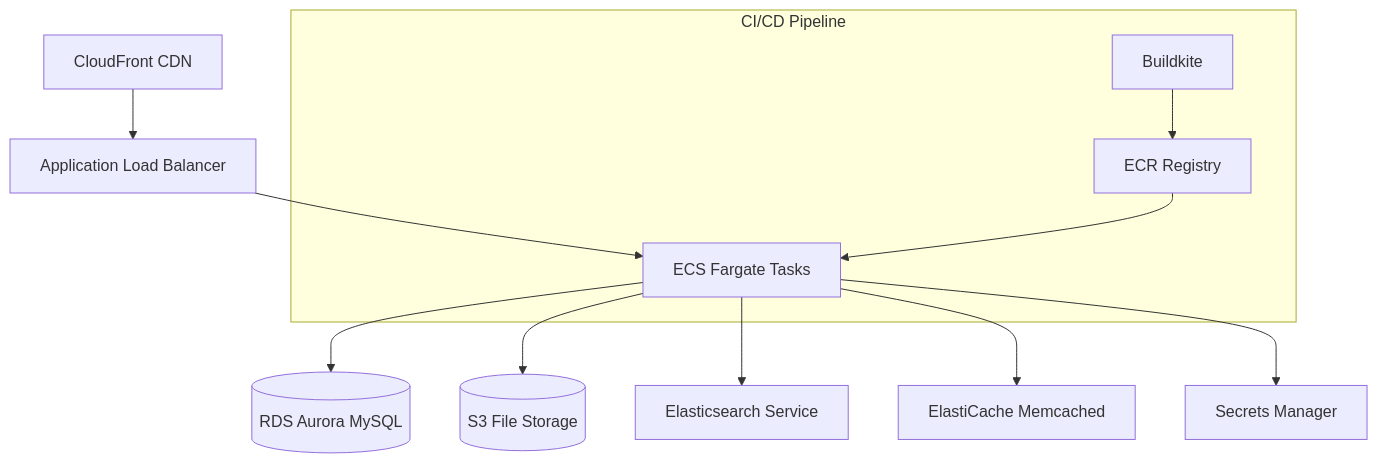
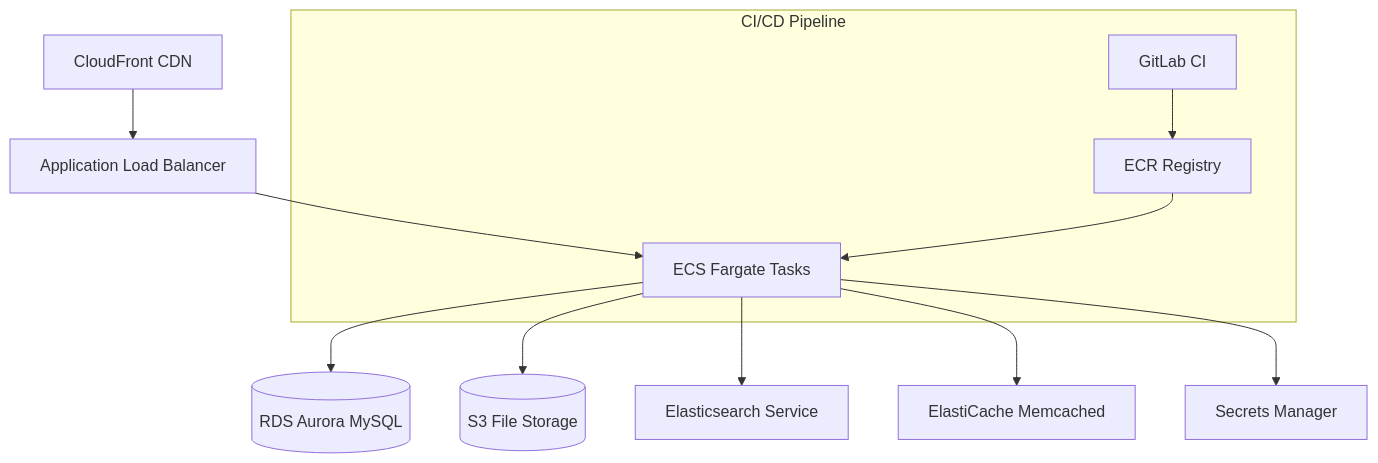
One commit to USEPA/webcms changed the diagram in README.md. Above: the diagram before and after it, drawn with Mermaid. The commit also changed other lines of this file and 8 other files, not shown here.

````diff
--- a/README.md
+++ b/README.md
@@ -184,15 +204,15 @@
 ```mermaid
 graph TB
     CF[CloudFront CDN] --> ALB[Application Load Balancer]
     ALB --> ECS[ECS Fargate Tasks]
     ECS --> RDS[(RDS Aurora MySQL)]
     ECS --> S3[(S3 File Storage)]
     ECS --> ES[Elasticsearch Service]
     ECS --> EC[ElastiCache Memcached]
     ECS --> SM[Secrets Manager]
     
-    subgraph "CI/CD Pipeline"
-        BK[Buildkite] --> ECR[ECR Registry]
+subgraph "CI/CD Pipeline"
+        GL[GitLab CI] --> ECR[ECR Registry]
         ECR --> ECS
     end
 ```
````
